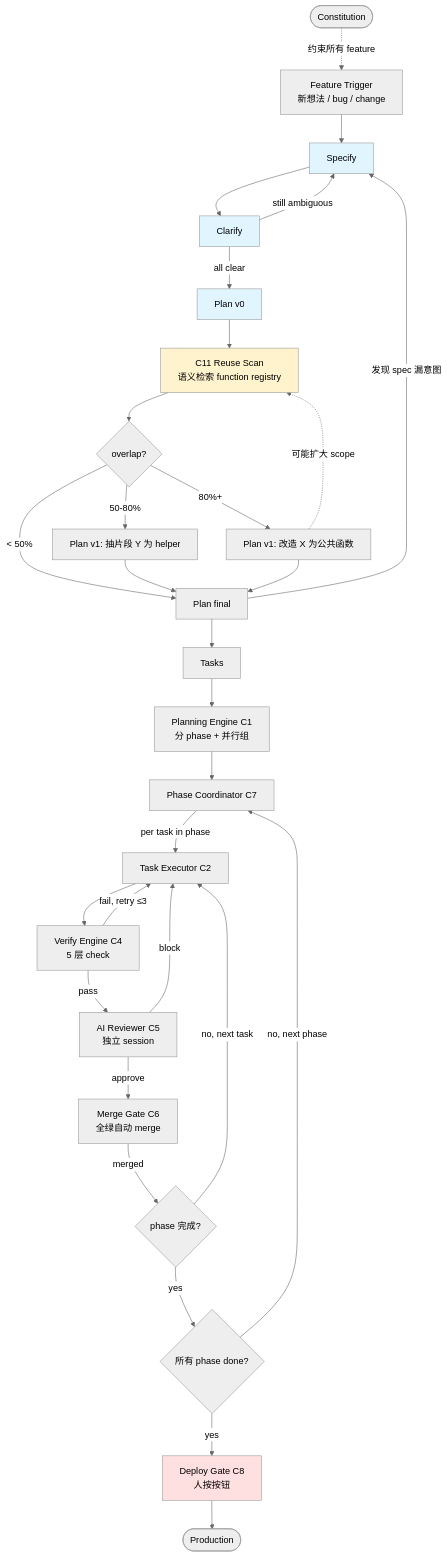
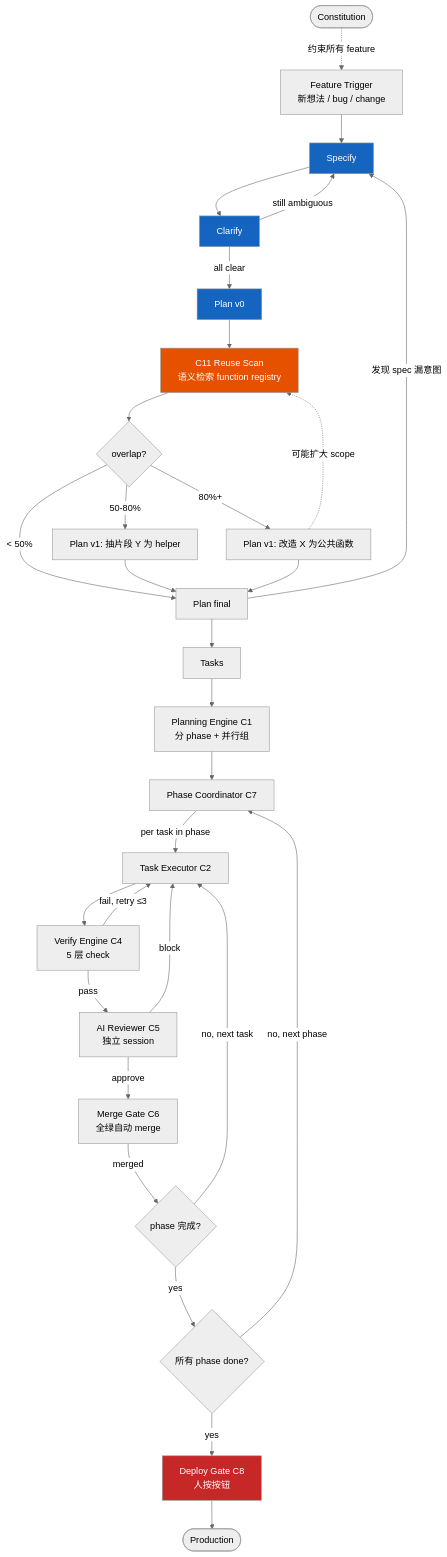
Before and after one commit to chinaszzt/suiyin-v4: the second of 11 diagrams in docs/sdd/diagrams.md, drawn with Mermaid (neutral theme). The commit also changed other lines of this file, not shown here.

First line of the commit message:
docs: diagrams.md 颜色改为高对比深色 + 白字

````diff
--- a/docs/sdd/diagrams.md
+++ b/docs/sdd/diagrams.md
@@ -27,38 +27,38 @@
 ```mermaid
 flowchart TD
     A([Constitution]) -.->|约束所有 feature| B
     B[Feature Trigger<br/>新想法 / bug / change] --> C[Specify]
     C --> D[Clarify]
     D -->|still ambiguous| C
     D -->|all clear| E[Plan v0]
     E --> RS[C11 Reuse Scan<br/>语义检索 function registry]
     RS --> RD{overlap?}
     RD -->|< 50%| F[Plan final]
     RD -->|50-80%| RV[Plan v1: 抽片段 Y 为 helper]
     RD -->|80%+| RV2[Plan v1: 改造 X 为公共函数]
     RV --> F
     RV2 -.->|可能扩大 scope| RS
     RV2 --> F
     F -->|发现 spec 漏意图| C
     F --> G[Tasks]
     G --> H[Planning Engine C1<br/>分 phase + 并行组]
     H --> I[Phase Coordinator C7]
     I -->|per task in phase| J[Task Executor C2]
     J --> K[Verify Engine C4<br/>5 层 check]
     K -->|fail, retry ≤3| J
     K -->|pass| L[AI Reviewer C5<br/>独立 session]
     L -->|block| J
     L -->|approve| M[Merge Gate C6<br/>全绿自动 merge]
     M -->|merged| N{phase 完成?}
     N -->|no, next task| J
     N -->|yes| O{所有 phase done?}
     O -->|no, next phase| I
     O -->|yes| P[Deploy Gate C8<br/>人按按钮]
     P --> Q([Production])
 
-    style C fill:#e1f5ff
-    style D fill:#e1f5ff
-    style E fill:#e1f5ff
-    style RS fill:#fff3cd
-    style P fill:#ffe0e0
+    style C fill:#1565C0,color:#fff
+    style D fill:#1565C0,color:#fff
+    style E fill:#1565C0,color:#fff
+    style RS fill:#E65100,color:#fff
+    style P fill:#C62828,color:#fff
 ```
````
